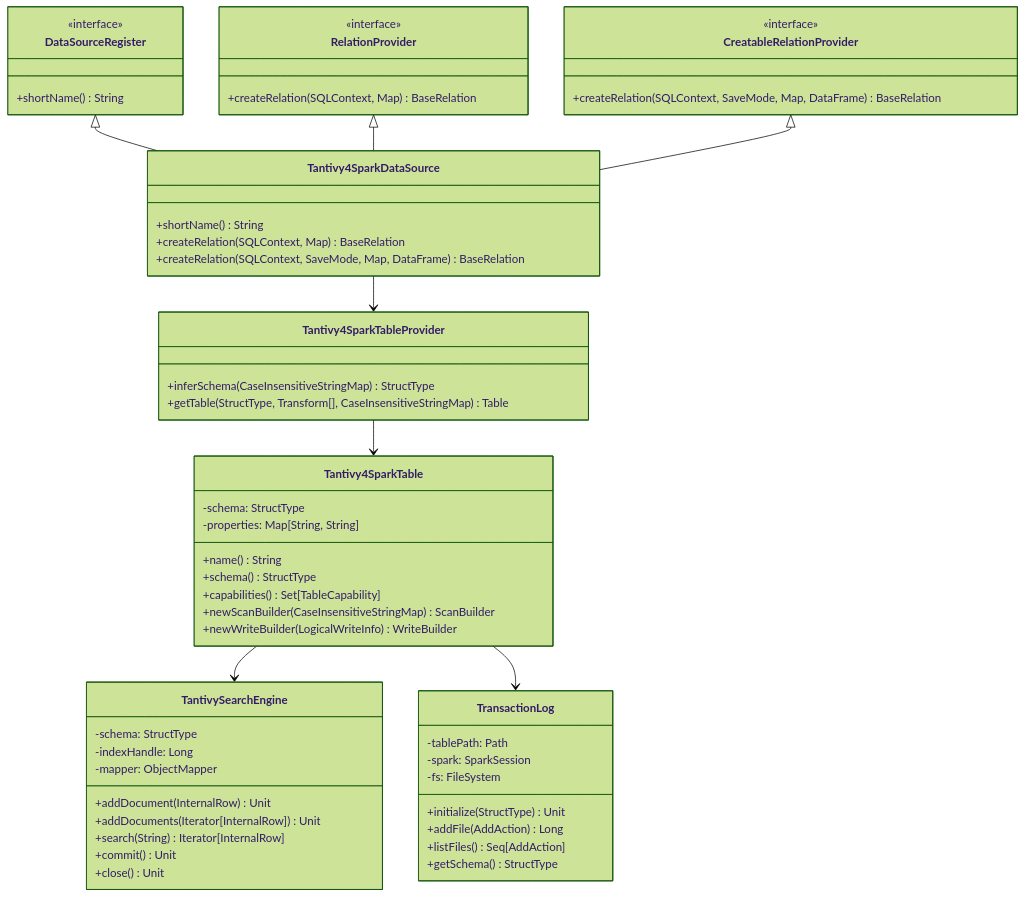
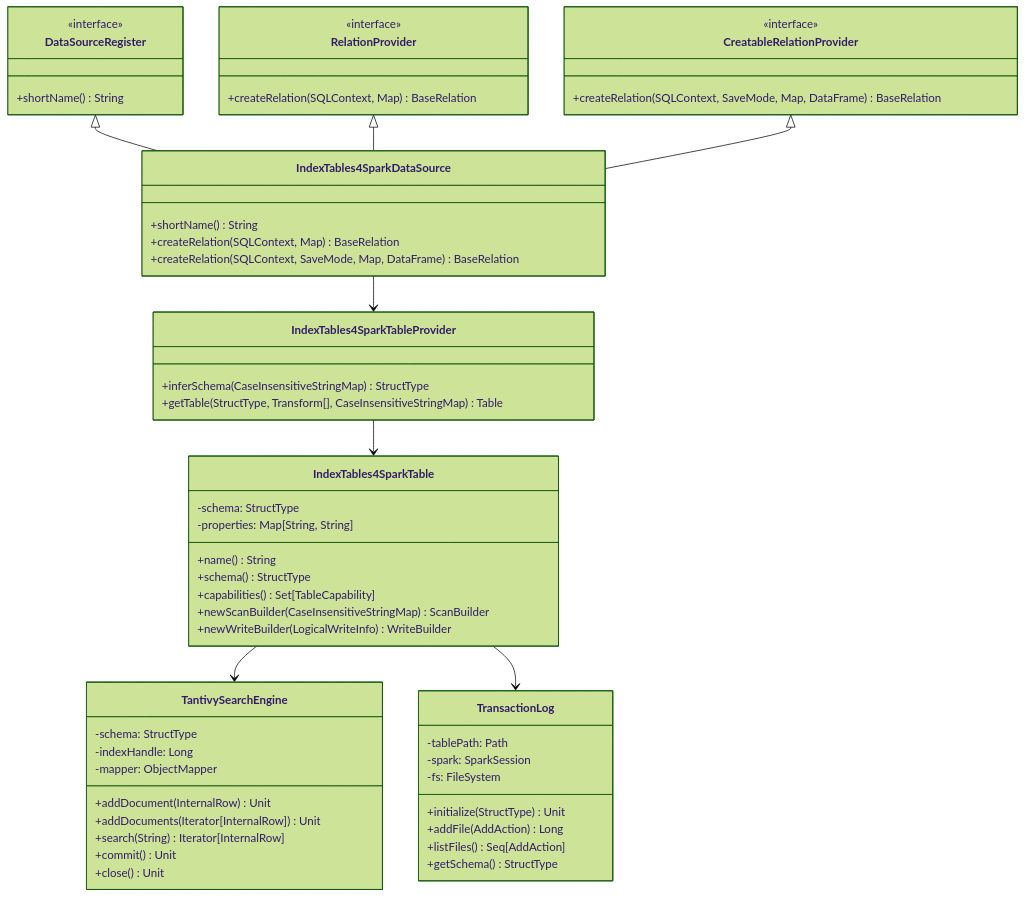
The fourth of 7 diagrams in docs/ARCHITECTURE.md (indextables/indextables_spark), drawn with Mermaid (forest theme) before and after one commit. The commit also changed other lines of this file and 10 other files, not shown here.

````diff
--- a/docs/ARCHITECTURE.md
+++ b/docs/ARCHITECTURE.md
@@ -259,68 +259,68 @@
 ```mermaid
 classDiagram
     class DataSourceRegister {
         <<interface>>
         +shortName() String
     }
 
     class RelationProvider {
         <<interface>>
         +createRelation(SQLContext, Map) BaseRelation
     }
 
     class CreatableRelationProvider {
         <<interface>>
         +createRelation(SQLContext, SaveMode, Map, DataFrame) BaseRelation
     }
 
-    class Tantivy4SparkDataSource {
+    class IndexTables4SparkDataSource {
         +shortName() String
         +createRelation(SQLContext, Map) BaseRelation
         +createRelation(SQLContext, SaveMode, Map, DataFrame) BaseRelation
     }
 
-    class Tantivy4SparkTableProvider {
+    class IndexTables4SparkTableProvider {
         +inferSchema(CaseInsensitiveStringMap) StructType
         +getTable(StructType, Transform[], CaseInsensitiveStringMap) Table
     }
 
-    class Tantivy4SparkTable {
+    class IndexTables4SparkTable {
         -schema: StructType
         -properties: Map[String, String]
         +name() String
         +schema() StructType
         +capabilities() Set[TableCapability]
         +newScanBuilder(CaseInsensitiveStringMap) ScanBuilder
         +newWriteBuilder(LogicalWriteInfo) WriteBuilder
     }
 
     class TantivySearchEngine {
         -schema: StructType
         -indexHandle: Long
         -mapper: ObjectMapper
         +addDocument(InternalRow) Unit
         +addDocuments(Iterator[InternalRow]) Unit
         +search(String) Iterator[InternalRow]
         +commit() Unit
         +close() Unit
     }
 
     class TransactionLog {
         -tablePath: Path
         -spark: SparkSession
         -fs: FileSystem
         +initialize(StructType) Unit
         +addFile(AddAction) Long
         +listFiles() Seq[AddAction]
         +getSchema() StructType
     }
 
-    DataSourceRegister <|-- Tantivy4SparkDataSource
-    RelationProvider <|-- Tantivy4SparkDataSource
-    CreatableRelationProvider <|-- Tantivy4SparkDataSource
+    DataSourceRegister <|-- IndexTables4SparkDataSource
+    RelationProvider <|-- IndexTables4SparkDataSource
+    CreatableRelationProvider <|-- IndexTables4SparkDataSource
     
-    Tantivy4SparkDataSource --> Tantivy4SparkTableProvider
-    Tantivy4SparkTableProvider --> Tantivy4SparkTable
-    Tantivy4SparkTable --> TantivySearchEngine
-    Tantivy4SparkTable --> TransactionLog
+    IndexTables4SparkDataSource --> IndexTables4SparkTableProvider
+    IndexTables4SparkTableProvider --> IndexTables4SparkTable
+    IndexTables4SparkTable --> TantivySearchEngine
+    IndexTables4SparkTable --> TransactionLog
 ```
````
